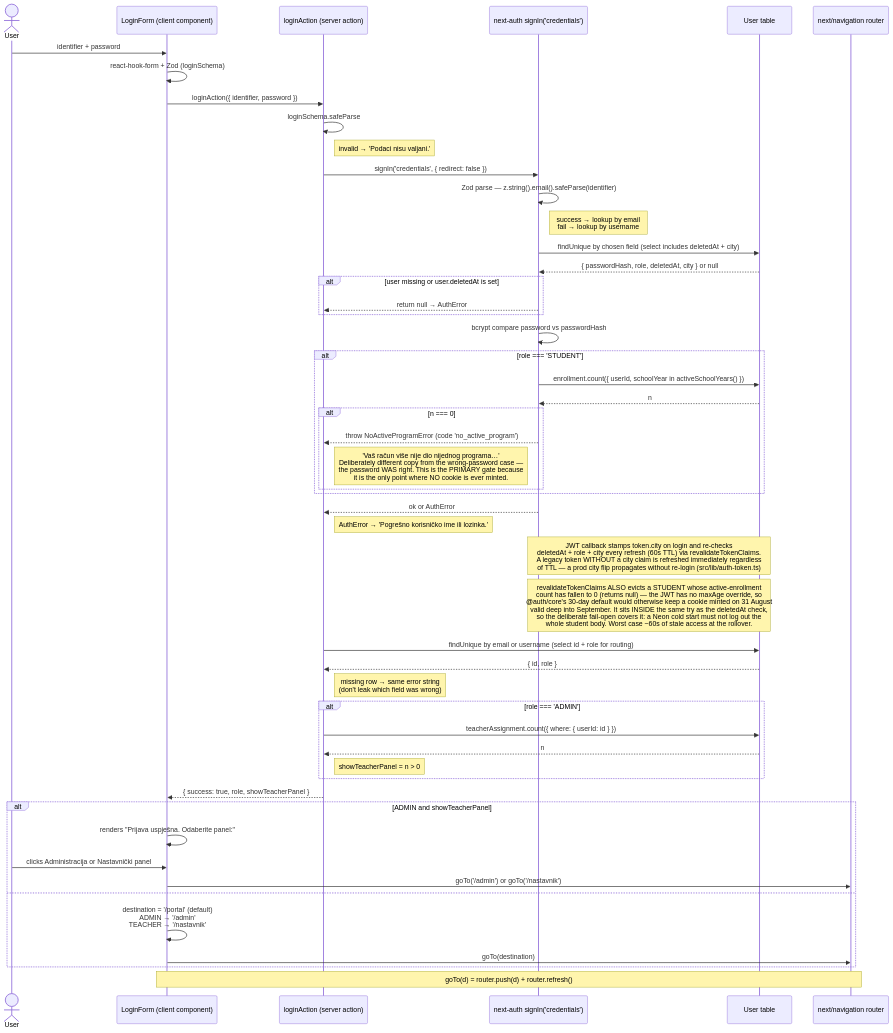
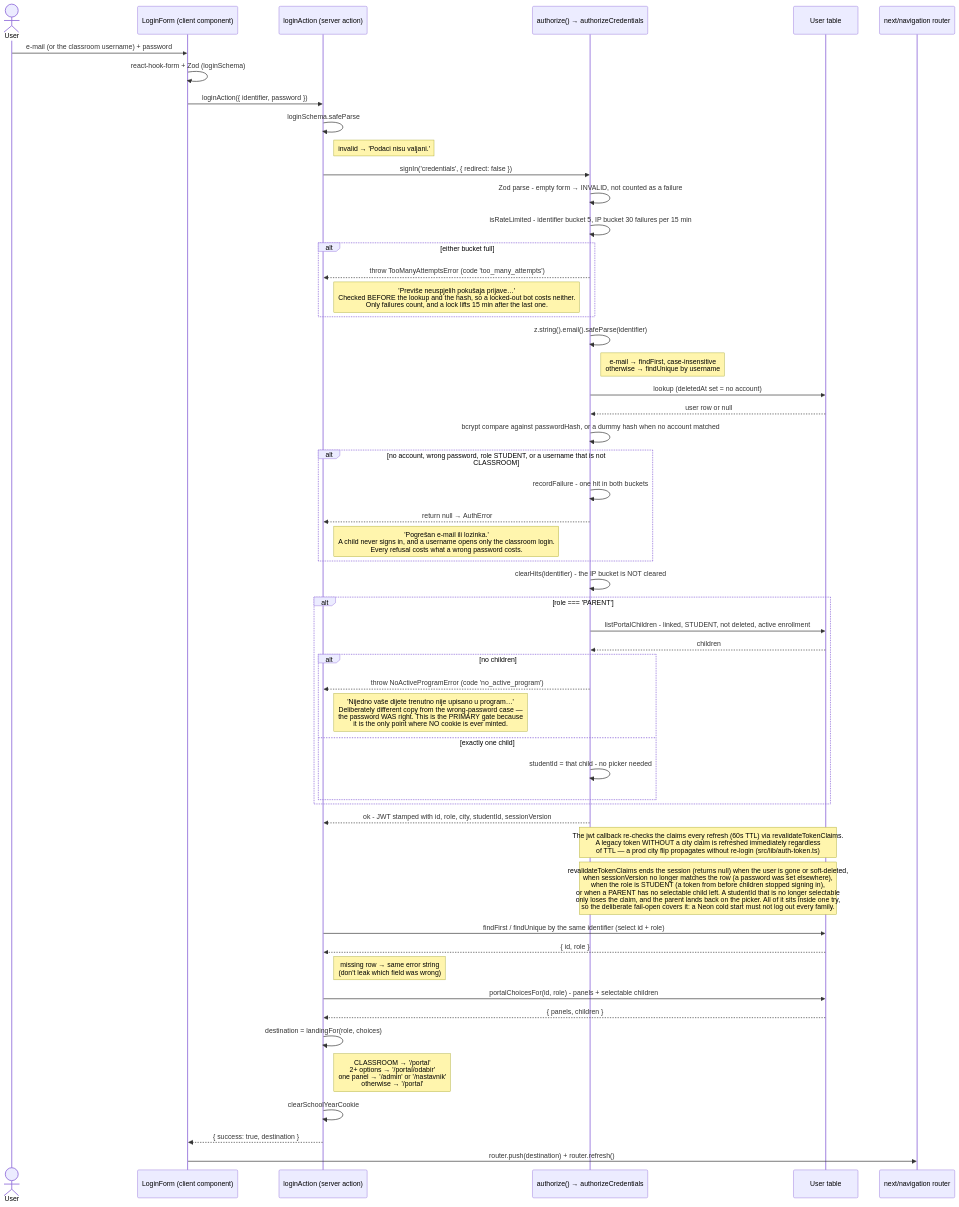
The first of 4 diagrams in docs/diagrams/role-based-login.md (jpucic00/inovatic), drawn with Mermaid before and after one commit. The commit also changed other lines of this file and 22 other files, not shown here.

First line of the commit message:
Prijava: zaključavanje nakon neuspjelih pokušaja, poveznica za lozinku svim djelatnicima pri deployu

````diff
--- a/docs/diagrams/role-based-login.md
+++ b/docs/diagrams/role-based-login.md
@@ -23,60 +28,61 @@
 ```mermaid
 sequenceDiagram
     actor User
     participant Form as LoginForm (client component)
     participant Action as loginAction (server action)
-    participant Auth as next-auth signIn('credentials')
+    participant Auth as authorize() → authorizeCredentials
     participant DB as User table
     participant Router as next/navigation router
 
-    User->>Form: identifier + password
+    User->>Form: e-mail (or the classroom username) + password
     Form->>Form: react-hook-form + Zod (loginSchema)
     Form->>Action: loginAction({ identifier, password })
 
     Action->>Action: loginSchema.safeParse
     Note right of Action: invalid → 'Podaci nisu valjani.'
 
     Action->>Auth: signIn('credentials', { redirect: false })
-    Auth->>Auth: Zod parse — z.string().email().safeParse(identifier)
-    Note right of Auth: success → lookup by email<br/>fail → lookup by username
-    Auth->>DB: findUnique by chosen field (select includes deletedAt + city)
-    DB-->>Auth: { passwordHash, role, deletedAt, city } or null
-    alt user missing or user.deletedAt is set
+    Auth->>Auth: Zod parse - empty form → INVALID, not counted as a failure
+    Auth->>Auth: isRateLimited - identifier bucket 5, IP bucket 30 failures per 15 min
+    alt either bucket full
+        Auth-->>Action: throw TooManyAttemptsError (code 'too_many_attempts')
+        Note right of Action: 'Previše neuspjelih pokušaja prijave…'<br/>Checked BEFORE the lookup and the hash, so a locked-out bot costs neither.<br/>Only failures count, and a lock lifts 15 min after the last one.
+    end
+    Auth->>Auth: z.string().email().safeParse(identifier)
+    Note right of Auth: e-mail → findFirst, case-insensitive<br/>otherwise → findUnique by username
+    Auth->>DB: lookup (deletedAt set = no account)
+    DB-->>Auth: user row or null
+    Auth->>Auth: bcrypt compare against passwordHash, or a dummy hash when no account matched
+    alt no account, wrong password, role STUDENT, or a username that is not CLASSROOM
+        Auth->>Auth: recordFailure - one hit in both buckets
         Auth-->>Action: return null → AuthError
+        Note right of Action: 'Pogrešan e-mail ili lozinka.'<br/>A child never signs in, and a username opens only the classroom login.<br/>Every refusal costs what a wrong password costs.
     end
-    Auth->>Auth: bcrypt compare password vs passwordHash
-    alt role === 'STUDENT'
-        Auth->>DB: enrollment.count({ userId, schoolYear in activeSchoolYears() })
-        DB-->>Auth: n
-        alt n === 0
+    Auth->>Auth: clearHits(identifier) - the IP bucket is NOT cleared
+    alt role === 'PARENT'
+        Auth->>DB: listPortalChildren - linked, STUDENT, not deleted, active enrollment
+        DB-->>Auth: children
+        alt no children
             Auth-->>Action: throw NoActiveProgramError (code 'no_active_program')
-            Note right of Action: 'Vaš račun više nije dio nijednog programa…'<br/>Deliberately different copy from the wrong-password case —<br/>the password WAS right. This is the PRIMARY gate because<br/>it is the only point where NO cookie is ever minted.
+            Note right of Action: 'Nijedno vaše dijete trenutno nije upisano u program…'<br/>Deliberately different copy from the wrong-password case —<br/>the password WAS right. This is the PRIMARY gate because<br/>it is the only point where NO cookie is ever minted.
+        else exactly one child
+            Auth->>Auth: studentId = that child - no picker needed
         end
     end
-    Auth-->>Action: ok or AuthError
-    Note right of Action: AuthError → 'Pogrešno korisničko ime ili lozinka.'
-    Note over Auth,DB: JWT callback stamps token.city on login and re-checks<br/>deletedAt + role + city every refresh (60s TTL) via revalidateTokenClaims.<br/>A legacy token WITHOUT a city claim is refreshed immediately regardless<br/>of TTL — a prod city flip propagates without re-login (src/lib/auth-token.ts)
-    Note over Auth,DB: revalidateTokenClaims ALSO evicts a STUDENT whose active-enrollment<br/>count has fallen to 0 (returns null) — the JWT has no maxAge override, so<br/>@auth/core's 30-day default would otherwise keep a cookie minted on 31 August<br/>valid deep into September. It sits INSIDE the same try as the deletedAt check,<br/>so the deliberate fail-open covers it: a Neon cold start must not log out the<br/>whole student body. Worst case ~60s of stale access at the rollover.
+    Auth-->>Action: ok - JWT stamped with id, role, city, studentId, sessionVersion
+    Note over Auth,DB: The jwt callback re-checks the claims every refresh (60s TTL) via revalidateTokenClaims.<br/>A legacy token WITHOUT a city claim is refreshed immediately regardless<br/>of TTL — a prod city flip propagates without re-login (src/lib/auth-token.ts)
+    Note over Auth,DB: revalidateTokenClaims ends the session (returns null) when the user is gone or soft-deleted,<br/>when sessionVersion no longer matches the row (a password was set elsewhere),<br/>when the role is STUDENT (a token from before children stopped signing in),<br/>or when a PARENT has no selectable child left. A studentId that is no longer selectable<br/>only loses the claim, and the parent lands back on the picker. All of it sits inside one try,<br/>so the deliberate fail-open covers it: a Neon cold start must not log out every family.
 
-    Action->>DB: findUnique by email or username (select id + role for routing)
+    Action->>DB: findFirst / findUnique by the same identifier (select id + role)
     DB-->>Action: { id, role }
     Note right of Action: missing row → same error string<br/>(don't leak which field was wrong)
 
-    alt role === 'ADMIN'
-        Action->>DB: teacherAssignment.count({ where: { userId: id } })
-        DB-->>Action: n
-        Note right of Action: showTeacherPanel = n > 0
-    end
+    Action->>DB: portalChoicesFor(id, role) - panels + selectable children
+    DB-->>Action: { panels, children }
+    Action->>Action: destination = landingFor(role, choices)
+    Note right of Action: CLASSROOM → '/portal'<br/>2+ options → '/portal/odabir'<br/>one panel → '/admin' or '/nastavnik'<br/>otherwise → '/portal'
+    Action->>Action: clearSchoolYearCookie
 
-    Action-->>Form: { success: true, role, showTeacherPanel }
-
-    alt ADMIN and showTeacherPanel
-        Form->>Form: renders "Prijava uspješna. Odaberite panel:"
-        User->>Form: clicks Administracija or Nastavnički panel
-        Form->>Router: goTo('/admin') or goTo('/nastavnik')
-    else
-        Form->>Form: destination = '/portal' (default)<br/>ADMIN → '/admin'<br/>TEACHER → '/nastavnik'
-        Form->>Router: goTo(destination)
-    end
-    Note over Form,Router: goTo(d) = router.push(d) + router.refresh()
+    Action-->>Form: { success: true, destination }
+    Form->>Router: router.push(destination) + router.refresh()
 ```
````
